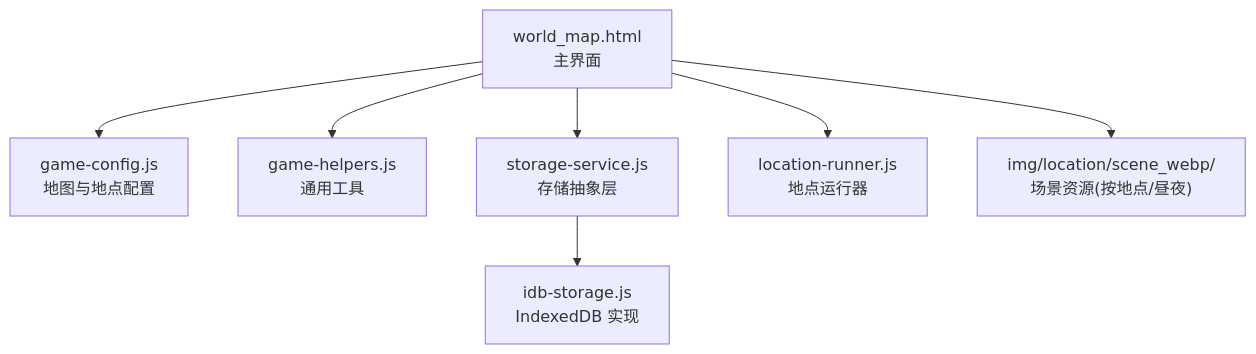
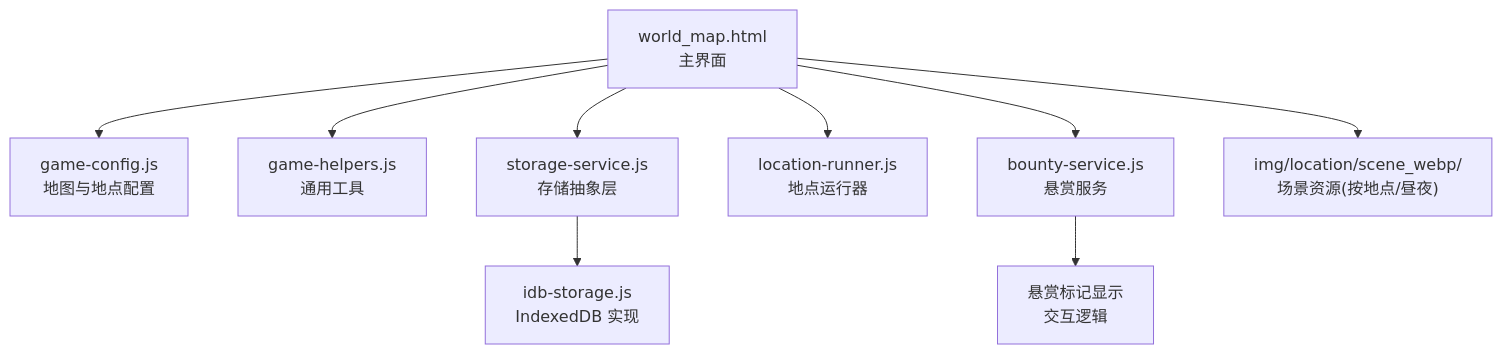
One commit to Ji-Haitang/char_card_1 changed the first of 4 diagrams in .qoder/repowiki/zh/content/世界探索系统/世界地图.md. Above: the diagram before and after it, drawn with Mermaid. The commit also changed other lines of this file and 45 other files, not shown here.

````diff
--- a/.qoder/repowiki/zh/content/世界探索系统/世界地图.md
+++ b/.qoder/repowiki/zh/content/世界探索系统/世界地图.md
@@ -39,9 +47,11 @@
 ```mermaid
 graph TB
 A["world_map.html<br/>主界面"] --> B["game-config.js<br/>地图与地点配置"]
 A --> C["game-helpers.js<br/>通用工具"]
 A --> D["storage-service.js<br/>存储抽象层"]
 D --> E["idb-storage.js<br/>IndexedDB 实现"]
 A --> F["location-runner.js<br/>地点运行器"]
-A --> G["img/location/scene_webp/<br/>场景资源(按地点/昼夜)"]
+A --> G["bounty-service.js<br/>悬赏服务"]
+A --> H["img/location/scene_webp/<br/>场景资源(按地点/昼夜)"]
+G --> I["悬赏标记显示<br/>交互逻辑"]
 ```
````
